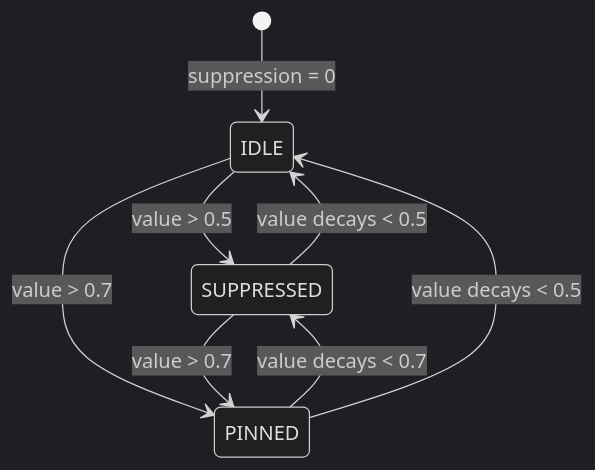
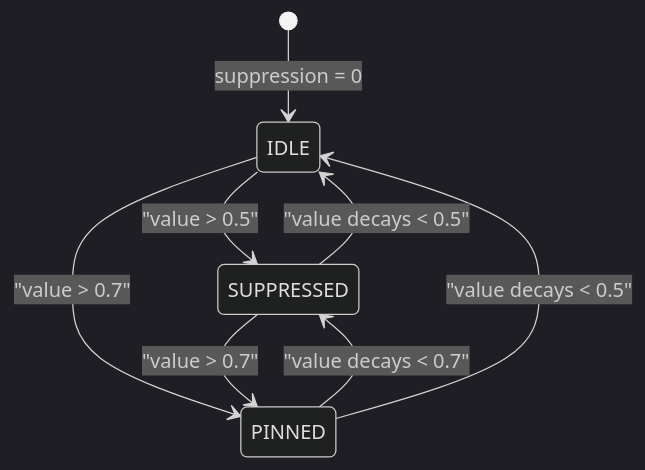
The tenth of 27 diagrams in ARCHITECTURE.md (MegiTicky/steves_army), drawn with Mermaid (dark theme) before and after one commit. The commit also changed other lines of this file, not shown here.

Commit message:
Fix Mermaid v11 syntax: quote all node labels with special characters

````diff
--- a/ARCHITECTURE.md
+++ b/ARCHITECTURE.md
@@ -330,10 +330,10 @@
 ```mermaid
 stateDiagram-v2
     [*] --> IDLE: suppression = 0
-    IDLE --> SUPPRESSED: value > 0.5
-    IDLE --> PINNED: value > 0.7
-    SUPPRESSED --> PINNED: value > 0.7
-    SUPPRESSED --> IDLE: value decays < 0.5
-    PINNED --> SUPPRESSED: value decays < 0.7
-    PINNED --> IDLE: value decays < 0.5
+    IDLE --> SUPPRESSED: "value > 0.5"
+    IDLE --> PINNED: "value > 0.7"
+    SUPPRESSED --> PINNED: "value > 0.7"
+    SUPPRESSED --> IDLE: "value decays < 0.5"
+    PINNED --> SUPPRESSED: "value decays < 0.7"
+    PINNED --> IDLE: "value decays < 0.5"
 ```
````
